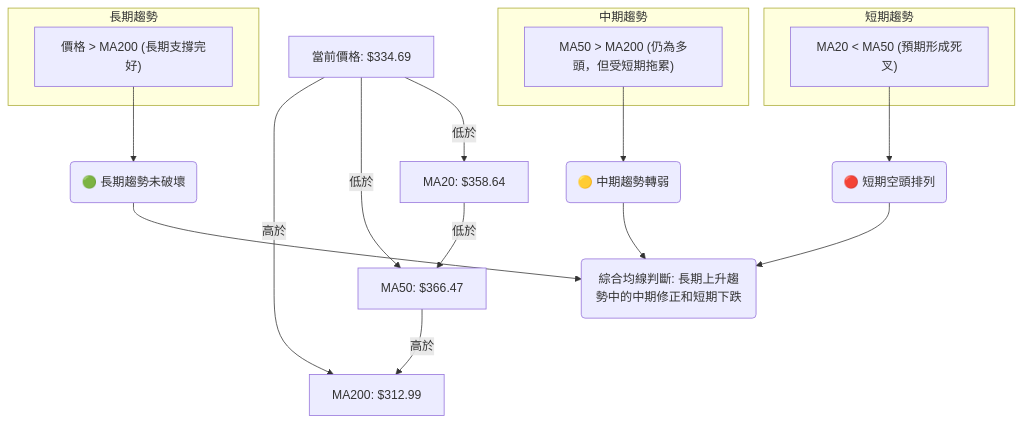
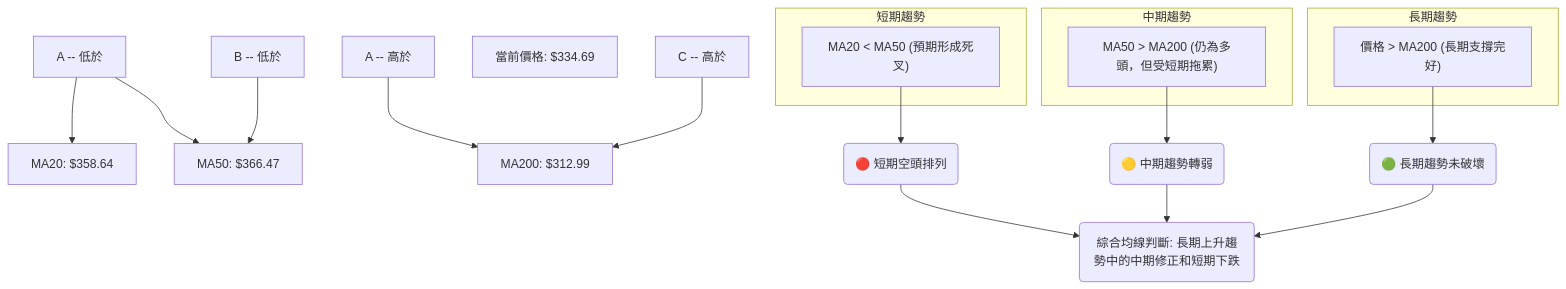
One commit to yennanliu/finance_data changed the sixth of 10 diagrams in ai_gen_report/stock/goog/technical_analysis_2026-06-28_gemini.md. Above: the diagram before and after it, drawn with Mermaid. The commit also changed other lines of this file and 2258 other files, not shown here.

First line of the commit message:
chore: backfill Mermaid syntax repair across existing reports

````diff
--- a/ai_gen_report/stock/goog/technical_analysis_2026-06-28_gemini.md
+++ b/ai_gen_report/stock/goog/technical_analysis_2026-06-28_gemini.md
@@ -392,32 +392,32 @@
 ```mermaid
 graph TD
     A["當前價格: $334.69"]
     B["MA20: $358.64"]
     C["MA50: $366.47"]
     D["MA200: $312.99"]
 
-    A -- 低於 --> B
-    A -- 低於 --> C
-    A -- 高於 --> D
+    nb1["A -- 低於"] --> B
+    nb1["A -- 低於"] --> C
+    nb2["A -- 高於"] --> D
 
-    B -- 低於 --> C
-    C -- 高於 --> D
+    nb3["B -- 低於"] --> C
+    nb4["C -- 高於"] --> D
 
     subgraph 短期趨勢
         B_sub["MA20 < MA50 (預期形成死叉)"]
     end
 
     subgraph 中期趨勢
         C_sub["MA50 > MA200 (仍為多頭，但受短期拖累)"]
     end
 
     subgraph 長期趨勢
         D_sub["價格 > MA200 (長期支撐完好)"]
     end
 
-    B_sub --> F(🔴 短期空頭排列)
-    C_sub --> G(🟡 中期趨勢轉弱)
-    D_sub --> H(🟢 長期趨勢未破壞)
+    B_sub --> F("🔴 短期空頭排列")
+    C_sub --> G("🟡 中期趨勢轉弱")
+    D_sub --> H("🟢 長期趨勢未破壞")
 
-    F & G & H --> I(綜合均線判斷: 長期上升趨勢中的中期修正和短期下跌)
+    F & G & H --> I("綜合均線判斷: 長期上升趨勢中的中期修正和短期下跌")
 ```
````
